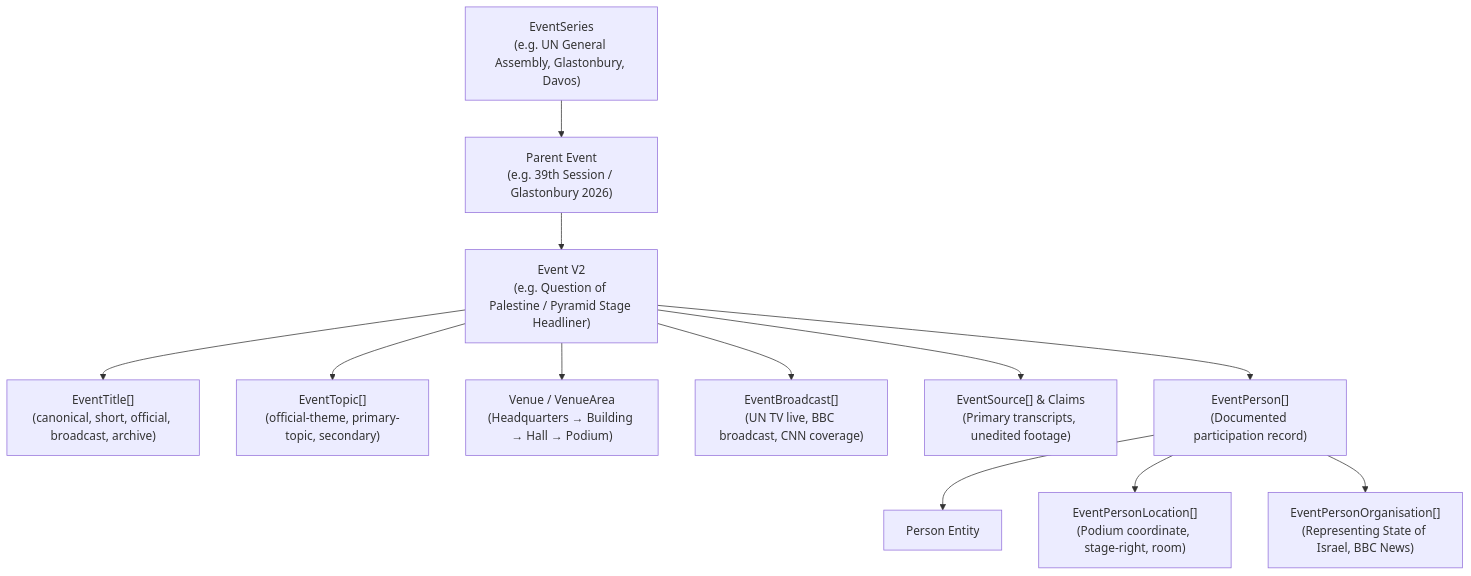
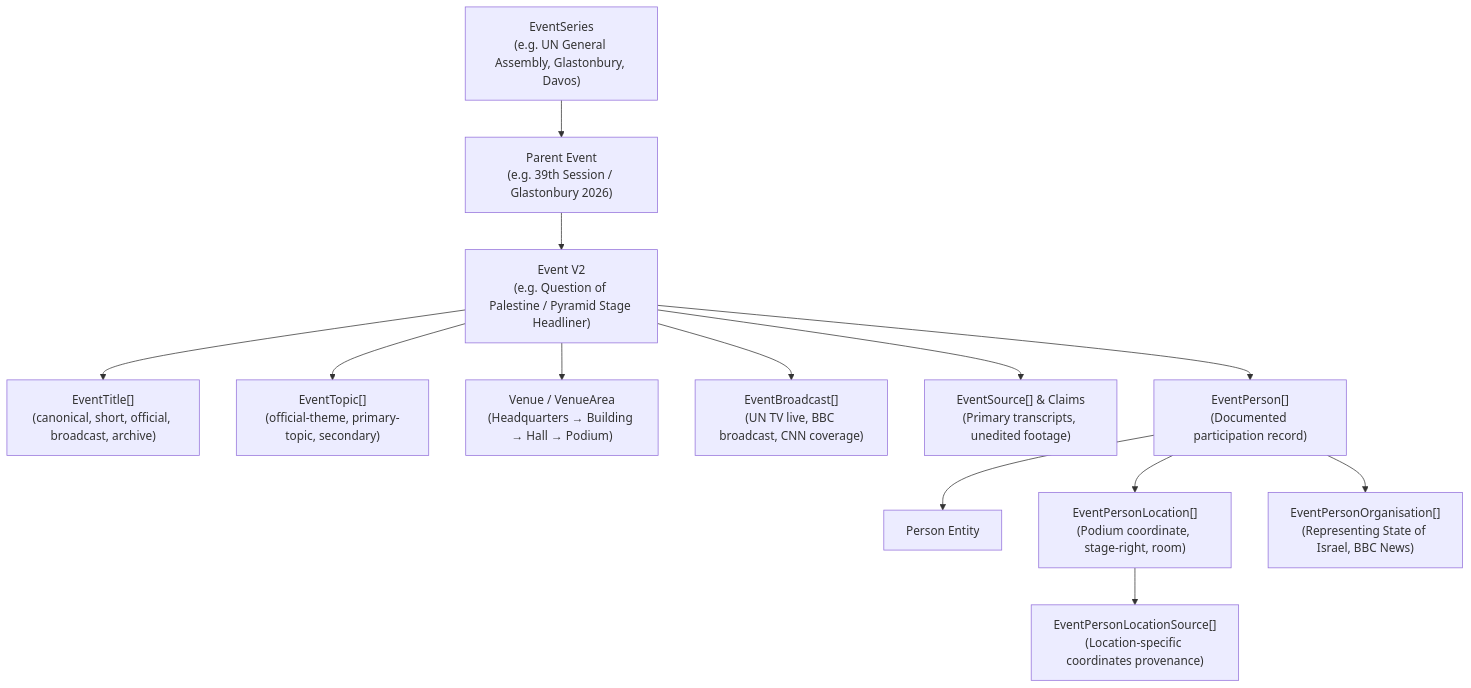
Before and after one commit to miles-brown/REWiND: the diagram in docs/architecture/EVENT_MODEL_V2.md, drawn with Mermaid. The commit also changed 8 other files, not shown here.

Commit message:
fix(schema): resolve all CodeRabbit and Gemini review findings on PR #11

````diff
--- a/docs/architecture/EVENT_MODEL_V2.md
+++ b/docs/architecture/EVENT_MODEL_V2.md
@@ -40,16 +40,17 @@
 ```mermaid
 graph TD
     Series["EventSeries<br/>(e.g. UN General Assembly, Glastonbury, Davos)"] --> Parent["Parent Event<br/>(e.g. 39th Session / Glastonbury 2026)"]
     Parent --> Event["Event V2<br/>(e.g. Question of Palestine / Pyramid Stage Headliner)"]
     
     Event --> Titles["EventTitle[]<br/>(canonical, short, official, broadcast, archive)"]
     Event --> Topics["EventTopic[]<br/>(official-theme, primary-topic, secondary)"]
     Event --> Venues["Venue / VenueArea<br/>(Headquarters → Building → Hall → Podium)"]
     Event --> Broadcasts["EventBroadcast[]<br/>(UN TV live, BBC broadcast, CNN coverage)"]
     Event --> Sources["EventSource[] & Claims<br/>(Primary transcripts, unedited footage)"]
     
     Event --> EventPerson["EventPerson[]<br/>(Documented participation record)"]
     EventPerson --> Person["Person Entity"]
     EventPerson --> PersonLoc["EventPersonLocation[]<br/>(Podium coordinate, stage-right, room)"]
     EventPerson --> PersonOrg["EventPersonOrganisation[]<br/>(Representing State of Israel, BBC News)"]
+    PersonLoc --> LocSource["EventPersonLocationSource[]<br/>(Location-specific coordinates provenance)"]
 ```
````
